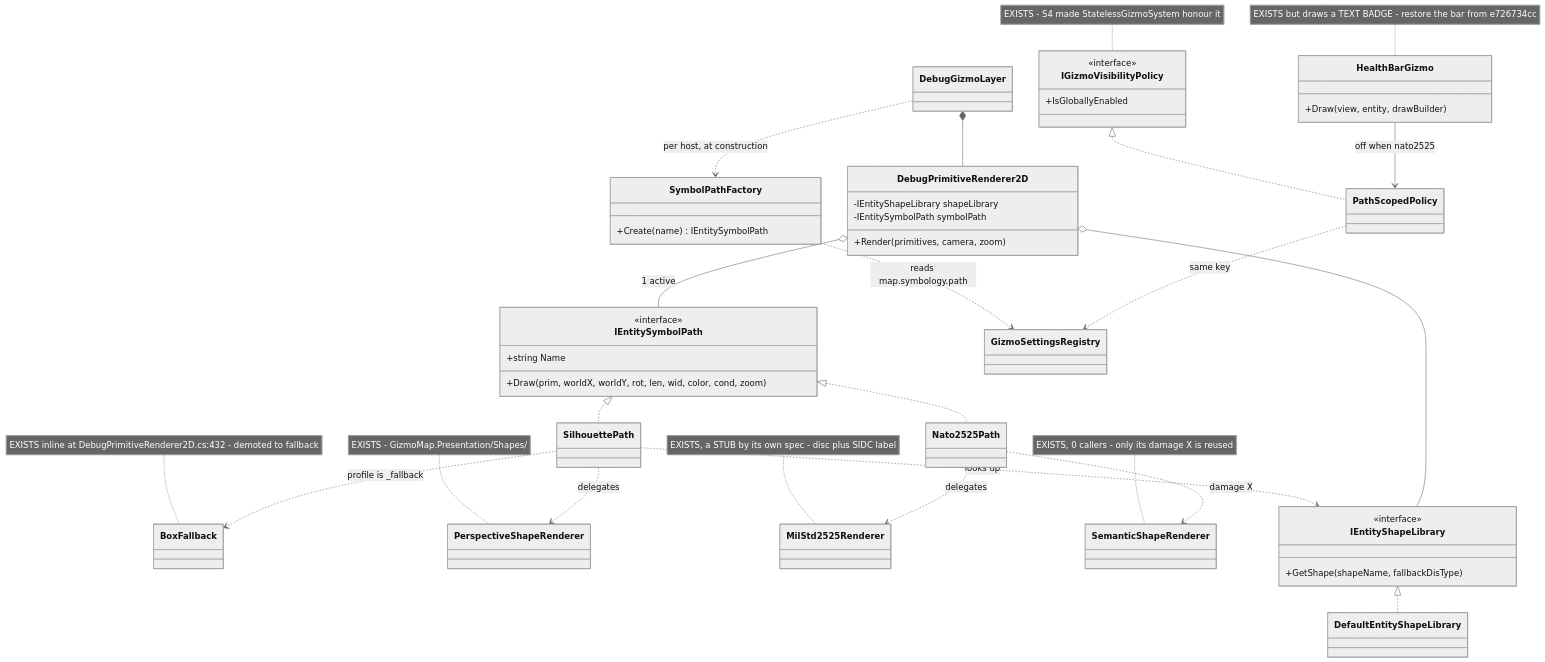
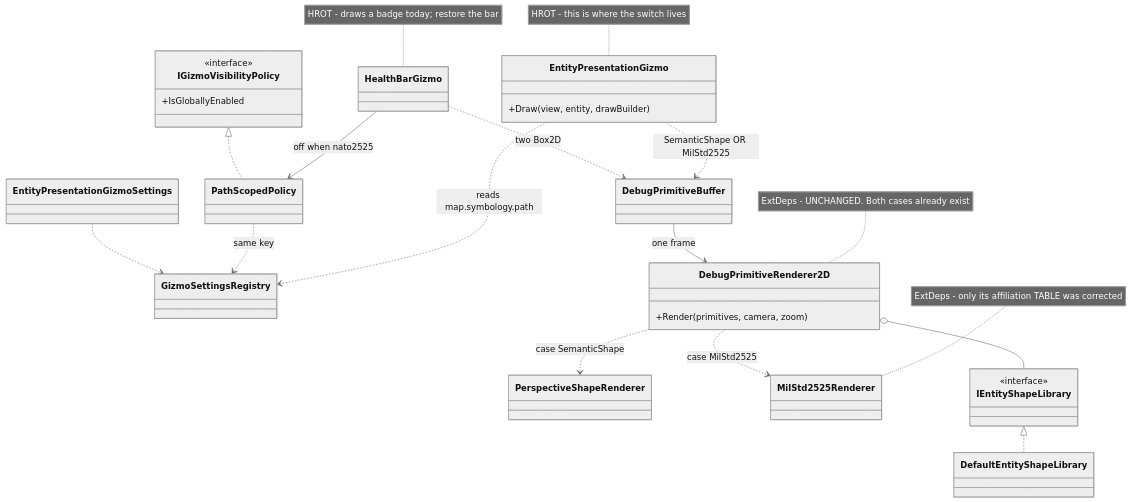
The first of 2 diagrams in docs/UX/UX_Feature_Entity_Symbology.md (pjanec/HROT), drawn with Mermaid (neutral theme) before and after one commit. The commit also changed other lines of this file and 7 other files, not shown here.

First line of the commit message:
Delete SemanticShapeRenderer, fix the NATO affiliation colours, and move the symbology switch emit-side

````diff
--- a/docs/UX/UX_Feature_Entity_Symbology.md
+++ b/docs/UX/UX_Feature_Entity_Symbology.md
@@ -483,66 +511,44 @@
 ```mermaid
 classDiagram
-    class IEntitySymbolPath {
+    class EntityPresentationGizmo {
+        +Draw(view, entity, drawBuilder)
+    }
+    class EntityPresentationGizmoSettings
+    class GizmoSettingsRegistry
+    class HealthBarGizmo
+    class PathScopedPolicy
+    class IGizmoVisibilityPolicy {
         <<interface>>
-        +string Name
-        +Draw(prim, worldX, worldY, rot, len, wid, color, cond, zoom)
+        +IsGloballyEnabled
     }
-    class SilhouettePath
-    class Nato2525Path
-    class BoxFallback
 
+    class DebugPrimitiveBuffer
     class DebugPrimitiveRenderer2D {
-        -IEntityShapeLibrary shapeLibrary
-        -IEntitySymbolPath symbolPath
         +Render(primitives, camera, zoom)
     }
     class PerspectiveShapeRenderer
     class MilStd2525Renderer
-    class SemanticShapeRenderer
     class IEntityShapeLibrary {
         <<interface>>
-        +GetShape(shapeName, fallbackDisType)
     }
     class DefaultEntityShapeLibrary
 
-    class SymbolPathFactory {
-        +Create(name) IEntitySymbolPath
-    }
-    class GizmoSettingsRegistry
-    class DebugGizmoLayer
+    EntityPresentationGizmo ..> GizmoSettingsRegistry : reads map.symbology.path
+    EntityPresentationGizmo ..> DebugPrimitiveBuffer : SemanticShape OR MilStd2525
+    HealthBarGizmo ..> DebugPrimitiveBuffer : two Box2D
+    HealthBarGizmo --> PathScopedPolicy : off when nato2525
+    IGizmoVisibilityPolicy <|.. PathScopedPolicy
+    PathScopedPolicy ..> GizmoSettingsRegistry : same key
+    EntityPresentationGizmoSettings ..> GizmoSettingsRegistry
 
-    class HealthBarGizmo {
-        +Draw(view, entity, drawBuilder)
-    }
-    class IGizmoVisibilityPolicy {
-        <<interface>>
-        +IsGloballyEnabled
-    }
-    class PathScopedPolicy
-
-    IEntitySymbolPath <|.. SilhouettePath
-    IEntitySymbolPath <|.. Nato2525Path
-    SilhouettePath ..> PerspectiveShapeRenderer : delegates
-    SilhouettePath ..> IEntityShapeLibrary : looks up
-    SilhouettePath ..> BoxFallback : profile is _fallback
-    Nato2525Path ..> MilStd2525Renderer : delegates
-    Nato2525Path ..> SemanticShapeRenderer : damage X
+    DebugPrimitiveBuffer --> DebugPrimitiveRenderer2D : one frame
+    DebugPrimitiveRenderer2D ..> PerspectiveShapeRenderer : case SemanticShape
+    DebugPrimitiveRenderer2D ..> MilStd2525Renderer : case MilStd2525
+    DebugPrimitiveRenderer2D o-- IEntityShapeLibrary
     IEntityShapeLibrary <|.. DefaultEntityShapeLibrary
 
-    DebugPrimitiveRenderer2D o-- IEntitySymbolPath : 1 active
-    DebugPrimitiveRenderer2D o-- IEntityShapeLibrary
-    DebugGizmoLayer *-- DebugPrimitiveRenderer2D
-    SymbolPathFactory ..> GizmoSettingsRegistry : reads map.symbology.path
-    DebugGizmoLayer ..> SymbolPathFactory : per host, at construction
-
-    IGizmoVisibilityPolicy <|.. PathScopedPolicy
-    HealthBarGizmo --> PathScopedPolicy : off when nato2525
-    PathScopedPolicy ..> GizmoSettingsRegistry : same key
-
-    note for PerspectiveShapeRenderer "EXISTS - GizmoMap.Presentation/Shapes/"
-    note for MilStd2525Renderer "EXISTS, a STUB by its own spec - disc plus SIDC label"
-    note for SemanticShapeRenderer "EXISTS, 0 callers - only its damage X is reused"
-    note for BoxFallback "EXISTS inline at DebugPrimitiveRenderer2D.cs:432 - demoted to fallback"
-    note for HealthBarGizmo "EXISTS but draws a TEXT BADGE - restore the bar from e726734cc"
-    note for IGizmoVisibilityPolicy "EXISTS - S4 made StatelessGizmoSystem honour it"
+    note for DebugPrimitiveRenderer2D "ExtDeps - UNCHANGED. Both cases already exist"
+    note for MilStd2525Renderer "ExtDeps - only its affiliation TABLE was corrected"
+    note for EntityPresentationGizmo "HROT - this is where the switch lives"
+    note for HealthBarGizmo "HROT - draws a badge today; restore the bar"
 ```
````
